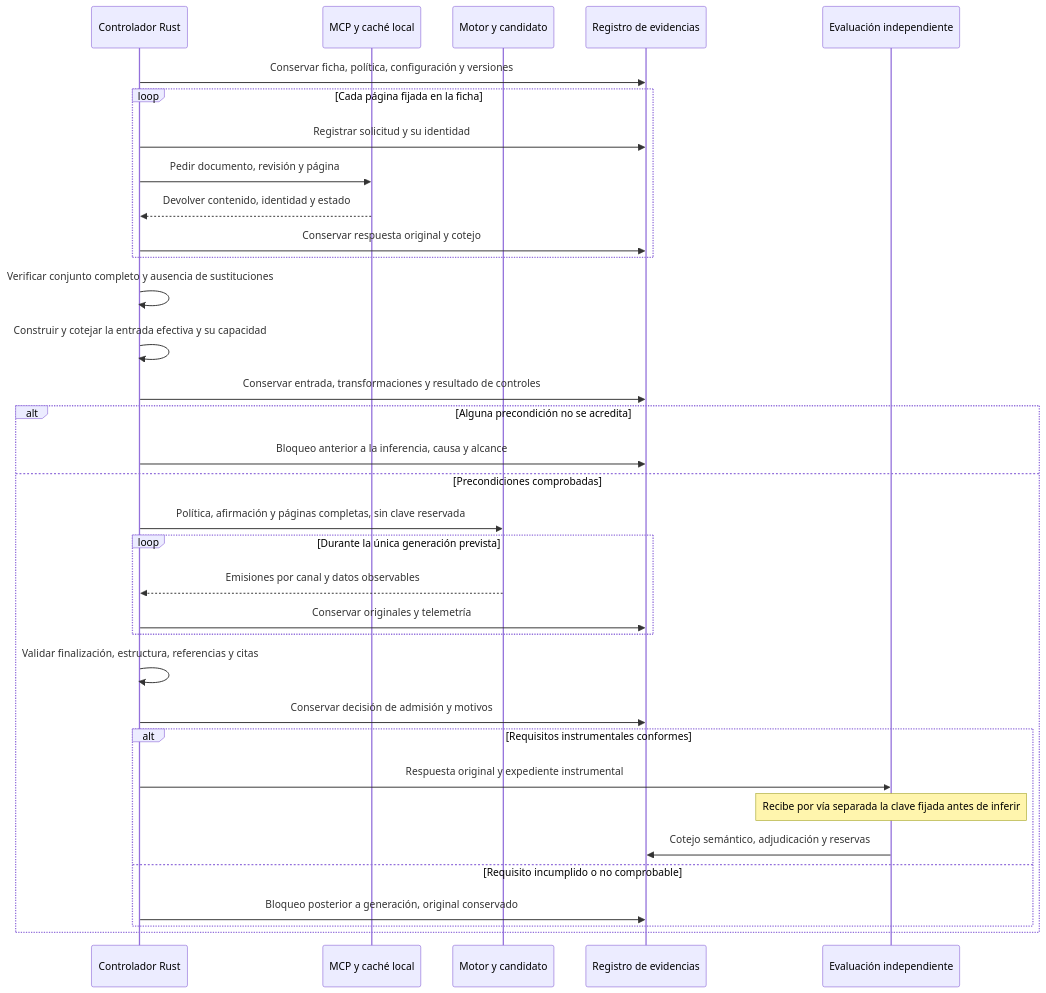
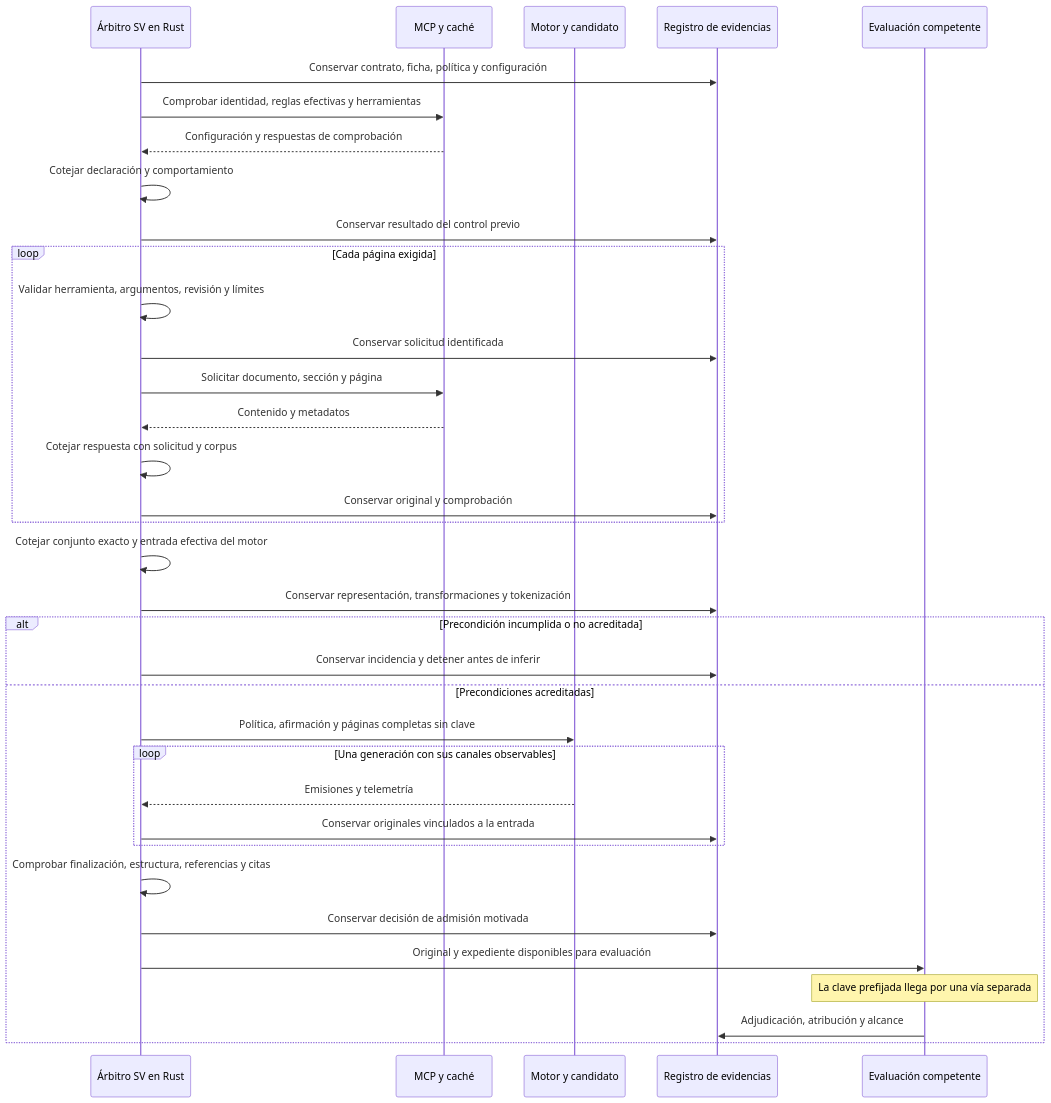
One commit to juantoniolloretegea/SV-motor changed the third of 4 diagrams in laboratorio/ensayo-ia-y-observabilidad/modelos-de-ia/model-context-protocol/controlador-pictograma-algoritmo/DISENO.md. Above: the diagram before and after it, drawn with Mermaid. The commit also changed other lines of this file and 3 other files, not shown here.

Commit message:
Definir el Árbitro Director del Lenguaje SV y su contraste asistido con Safeguard

````diff
--- a/laboratorio/ensayo-ia-y-observabilidad/modelos-de-ia/model-context-protocol/controlador-pictograma-algoritmo/DISENO.md
+++ b/laboratorio/ensayo-ia-y-observabilidad/modelos-de-ia/model-context-protocol/controlador-pictograma-algoritmo/DISENO.md
@@ -80,36 +102,37 @@
 ```mermaid
 sequenceDiagram
-    participant C as Controlador Rust
-    participant D as MCP y caché local
+    participant C as Árbitro SV en Rust
+    participant D as MCP y caché
     participant M as Motor y candidato
     participant R as Registro de evidencias
-    participant E as Evaluación independiente
-    C->>R: Conservar ficha, política, configuración y versiones
-    loop Cada página fijada en la ficha
-        C->>R: Registrar solicitud y su identidad
-        C->>D: Pedir documento, revisión y página
-        D-->>C: Devolver contenido, identidad y estado
-        C->>R: Conservar respuesta original y cotejo
+    participant E as Evaluación competente
+    C->>R: Conservar contrato, ficha, política y configuración
+    C->>D: Comprobar identidad, reglas efectivas y herramientas
+    D-->>C: Configuración y respuestas de comprobación
+    C->>C: Cotejar declaración y comportamiento
+    C->>R: Conservar resultado del control previo
+    loop Cada página exigida
+        C->>C: Validar herramienta, argumentos, revisión y límites
+        C->>R: Conservar solicitud identificada
+        C->>D: Solicitar documento, sección y página
+        D-->>C: Contenido y metadatos
+        C->>C: Cotejar respuesta con solicitud y corpus
+        C->>R: Conservar original y comprobación
     end
-    C->>C: Verificar conjunto completo y ausencia de sustituciones
-    C->>C: Construir y cotejar la entrada efectiva y su capacidad
-    C->>R: Conservar entrada, transformaciones y resultado de controles
-    alt Alguna precondición no se acredita
-        C->>R: Bloqueo anterior a la inferencia, causa y alcance
-    else Precondiciones comprobadas
-        C->>M: Política, afirmación y páginas completas, sin clave reservada
-        loop Durante la única generación prevista
-            M-->>C: Emisiones por canal y datos observables
-            C->>R: Conservar originales y telemetría
+    C->>C: Cotejar conjunto exacto y entrada efectiva del motor
+    C->>R: Conservar representación, transformaciones y tokenización
+    alt Precondición incumplida o no acreditada
+        C->>R: Conservar incidencia y detener antes de inferir
+    else Precondiciones acreditadas
+        C->>M: Política, afirmación y páginas completas sin clave
+        loop Una generación con sus canales observables
+            M-->>C: Emisiones y telemetría
+            C->>R: Conservar originales vinculados a la entrada
         end
-        C->>C: Validar finalización, estructura, referencias y citas
-        C->>R: Conservar decisión de admisión y motivos
-        alt Requisitos instrumentales conformes
-            C->>E: Respuesta original y expediente instrumental
-            Note over E: Recibe por vía separada la clave fijada antes de inferir
-            E->>R: Cotejo semántico, adjudicación y reservas
-        else Requisito incumplido o no comprobable
-            C->>R: Bloqueo posterior a generación, original conservado
-        end
+        C->>C: Comprobar finalización, estructura, referencias y citas
+        C->>R: Conservar decisión de admisión motivada
+        C->>E: Original y expediente disponibles para evaluación
+        Note over E: La clave prefijada llega por una vía separada
+        E->>R: Adjudicación, atribución y alcance
     end
 ```
````
